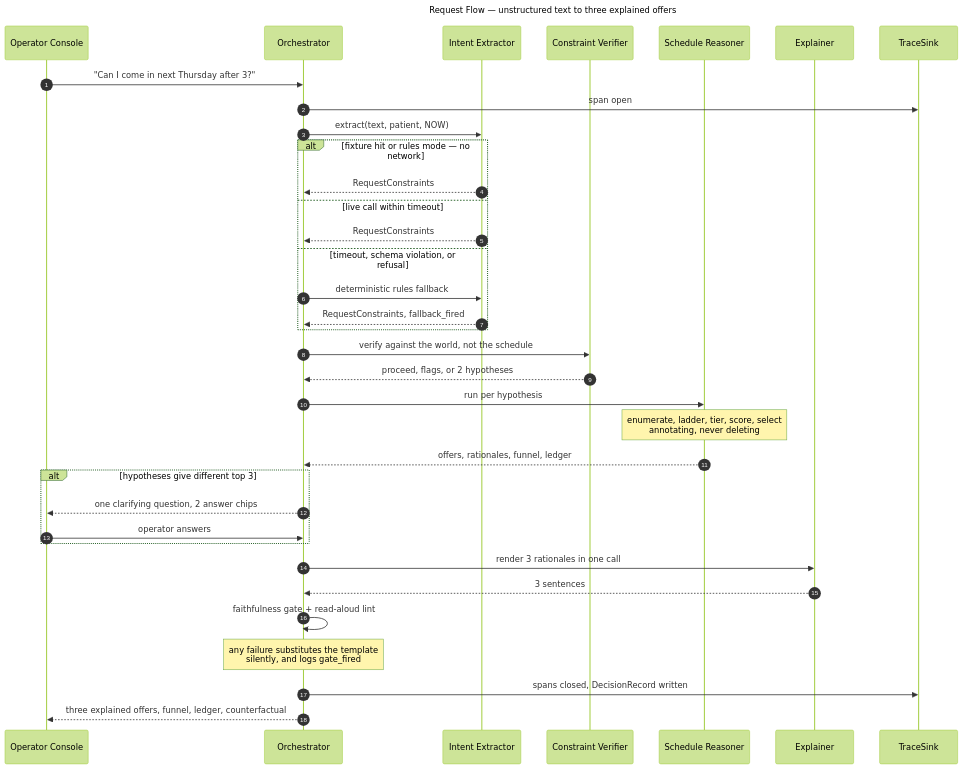
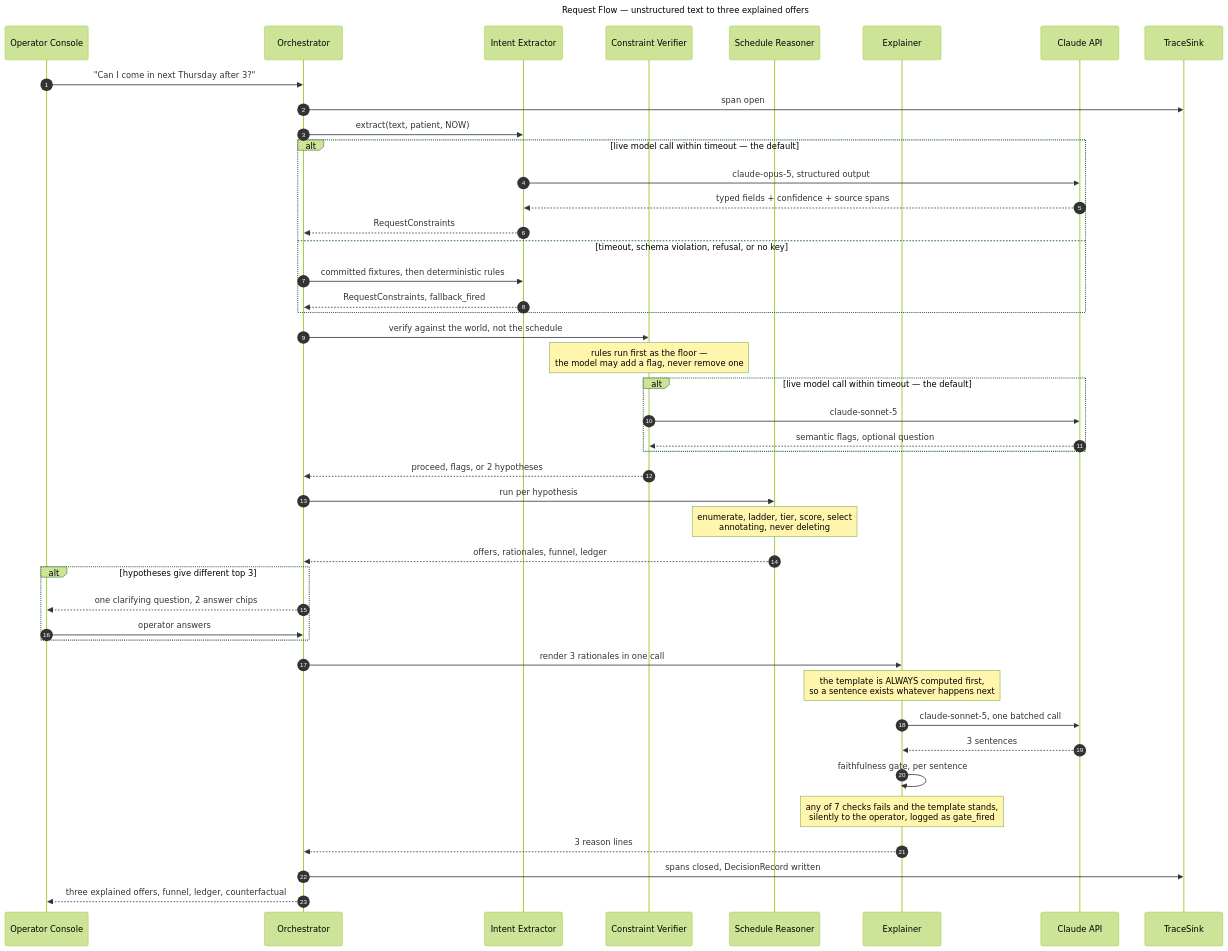
One commit to nayanmshah/intelligent-agentic-scheduler-optimizer changed the diagram in docs/diagrams/request-flow.mmd. Above: the diagram before and after it, drawn with Mermaid (forest theme). The commit also changed 22 other files, not shown here.

First line of the commit message:
docs: agent topology diagram, and purge the stale offline framing

```diff
--- a/docs/diagrams/request-flow.mmd
+++ b/docs/diagrams/request-flow.mmd
@@ -1,45 +1,54 @@
 ---
 title: Request Flow — unstructured text to three explained offers
 ---
 sequenceDiagram
     autonumber
     participant UI as Operator Console
     participant ORC as Orchestrator
     participant EX as Intent Extractor
     participant VF as Constraint Verifier
     participant RS as Schedule Reasoner
     participant XP as Explainer
+    participant LLM as Claude API
     participant TS as TraceSink
 
     UI->>ORC: "Can I come in next Thursday after 3?"
     ORC->>TS: span open
 
     ORC->>EX: extract(text, patient, NOW)
-    alt fixture hit or rules mode — no network
+    alt live model call within timeout — the default
+        EX->>LLM: claude-opus-5, structured output
+        LLM-->>EX: typed fields + confidence + source spans
         EX-->>ORC: RequestConstraints
-    else live call within timeout
-        EX-->>ORC: RequestConstraints
-    else timeout, schema violation, or refusal
-        ORC->>EX: deterministic rules fallback
+    else timeout, schema violation, refusal, or no key
+        ORC->>EX: committed fixtures, then deterministic rules
         EX-->>ORC: RequestConstraints, fallback_fired
     end
 
     ORC->>VF: verify against the world, not the schedule
+    Note over VF: rules run first as the floor —<br/>the model may add a flag, never remove one
+    alt live model call within timeout — the default
+        VF->>LLM: claude-sonnet-5
+        LLM-->>VF: semantic flags, optional question
+    end
     VF-->>ORC: proceed, flags, or 2 hypotheses
 
     ORC->>RS: run per hypothesis
     Note over RS: enumerate, ladder, tier, score, select<br/>annotating, never deleting
     RS-->>ORC: offers, rationales, funnel, ledger
 
     alt hypotheses give different top 3
         ORC-->>UI: one clarifying question, 2 answer chips
         UI->>ORC: operator answers
     end
 
     ORC->>XP: render 3 rationales in one call
-    XP-->>ORC: 3 sentences
-    ORC->>ORC: faithfulness gate + read-aloud lint
-    Note over ORC: any failure substitutes the template<br/>silently, and logs gate_fired
+    Note over XP: the template is ALWAYS computed first,<br/>so a sentence exists whatever happens next
+    XP->>LLM: claude-sonnet-5, one batched call
+    LLM-->>XP: 3 sentences
+    XP->>XP: faithfulness gate, per sentence
+    Note over XP: any of 7 checks fails and the template stands,<br/>silently to the operator, logged as gate_fired
+    XP-->>ORC: 3 reason lines
 
     ORC->>TS: spans closed, DecisionRecord written
     ORC-->>UI: three explained offers, funnel, ledger, counterfactual
```
